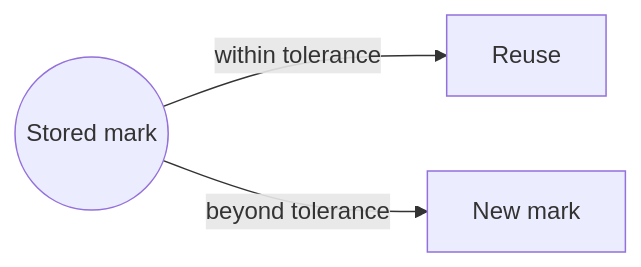
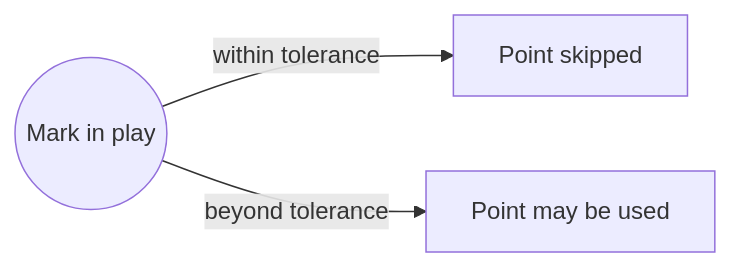
The second of 5 diagrams in docs/reference_mark_algorithm.md (ravenoak/layerforge), drawn with Mermaid before and after one commit. The commit also changed other lines of this file and 4 other files, not shown here.

````diff
--- a/docs/reference_mark_algorithm.md
+++ b/docs/reference_mark_algorithm.md
@@ -87,5 +89,5 @@
 ```mermaid
 flowchart LR
-    A((Stored mark)) -- within tolerance --> B[Reuse]
-    A -- beyond tolerance --> C[New mark]
+    A((Mark in play)) -- within tolerance --> B[Point skipped]
+    A -- beyond tolerance --> C[Point may be used]
 ```
````
